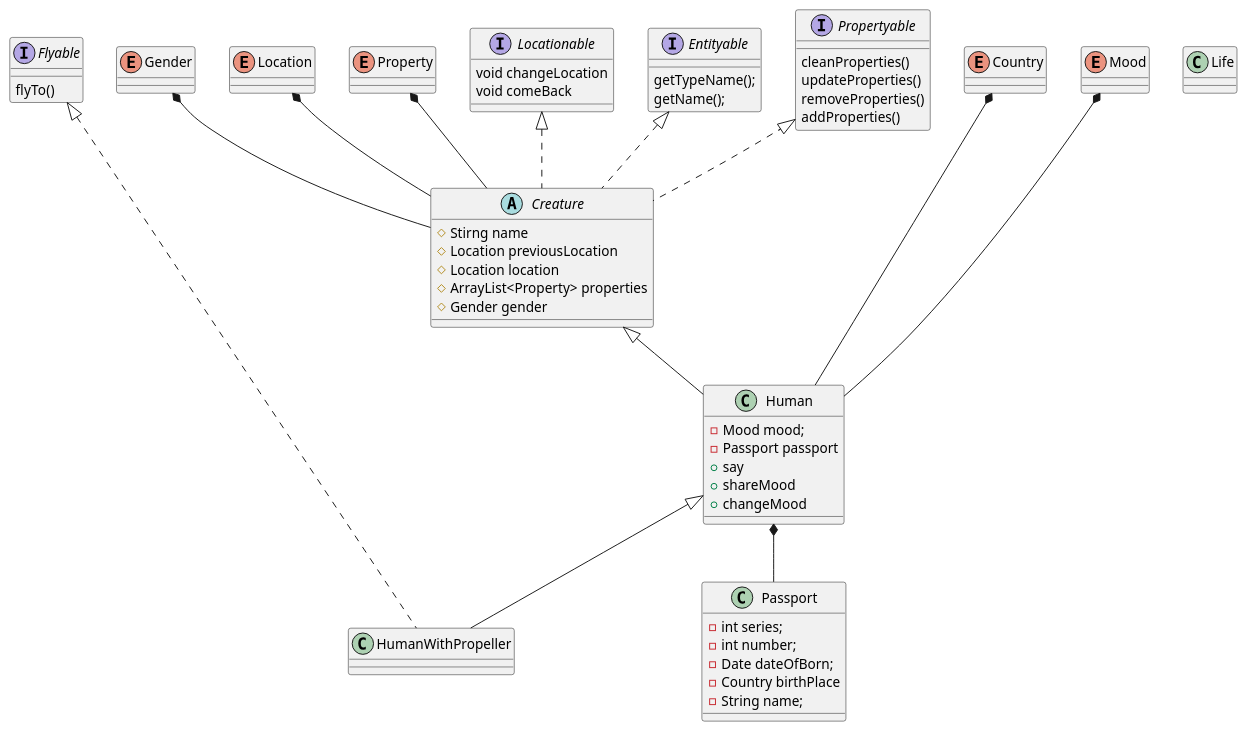
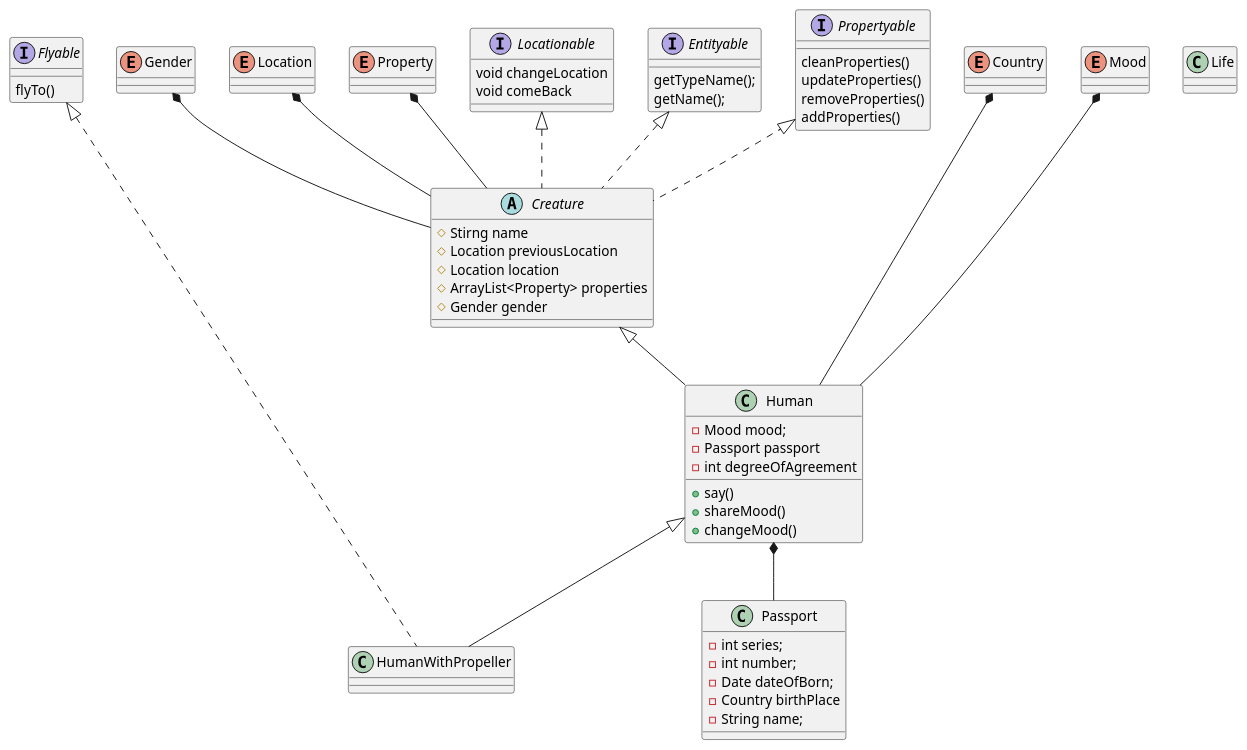
Before and after one commit to IlyaKonFetka/lab3: the diagram in UML.puml, drawn with PlantUML. The commit also changed 6 other files, not shown here.

```diff
--- a/UML.puml
+++ b/UML.puml
@@ -1,67 +1,68 @@
 @startuml
 'https://plantuml.com/sequence-diagram
 class Human{
     -Mood mood;
     -Passport passport
-    +say
-    +shareMood
-    +changeMood
+    -int degreeOfAgreement
+    +say()
+    +shareMood()
+    +changeMood()
 }
 class Passport{
     -int series;
     -int number;
     -Date dateOfBorn;
     -Country birthPlace
     -String name;
 }
 abstract class Creature{
     #Stirng name
     #Location previousLocation
     #Location location
     #ArrayList<Property> properties
     #Gender gender
 }
 class HumanWithPropeller{
 }
 enum Country
 enum Gender
 enum Location
 enum Mood
 enum Property
 
 Interface Locationable{
     void changeLocation
     void comeBack
 }
 Interface Entityable{
     getTypeName();
     getName();
 }
 Interface Propertyable{
     cleanProperties()
     updateProperties()
     removeProperties()
     addProperties()
 }
 Interface Flyable{
     flyTo()
 }
 
 Gender *-- Creature
 Location *-- Creature
 Mood *--- Human
 Country *--- Human
 Property *-- Creature
 
 Human *-- Passport
 
 Locationable <|.. Creature
 Propertyable <|.. Creature
 Entityable <|.. Creature
 Flyable <|.... HumanWithPropeller
 
 Creature <|-- Human
 Human <|-- HumanWithPropeller
 
 class Life
 @enduml
```
